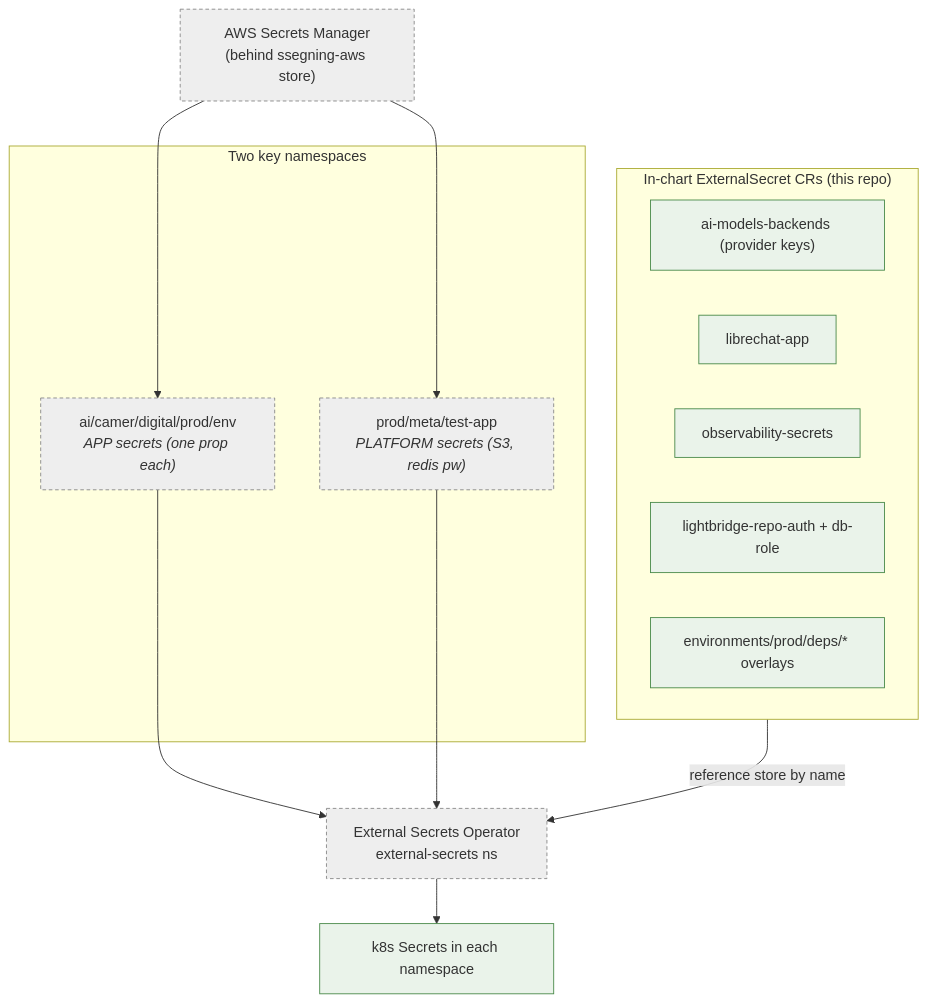
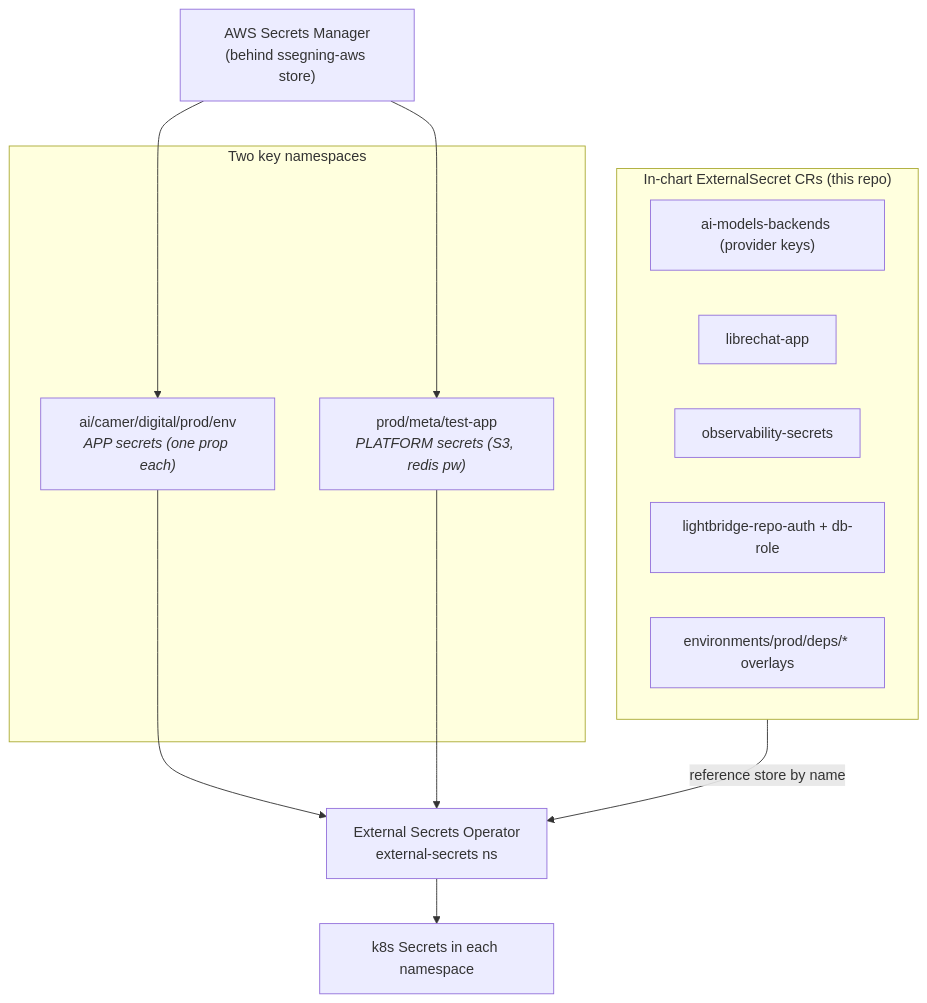
One commit to ADORSYS-GIS/ai-helm changed the third of 4 diagrams in docs/architecture/07-data-secrets.md. Above: the diagram before and after it, drawn with Mermaid. The commit also changed other lines of this file and 13 other files, not shown here.

First line of the commit message:
docs(architecture): uncolor all mermaid; refresh CD/components; add diagrams

````diff
--- a/docs/architecture/07-data-secrets.md
+++ b/docs/architecture/07-data-secrets.md
@@ -73,28 +70,26 @@
 ```mermaid
 flowchart TB
-    AWS["AWS Secrets Manager<br/>(behind ssegning-aws store)"]:::ext
+    AWS["AWS Secrets Manager<br/>(behind ssegning-aws store)"]
     subgraph keys["Two key namespaces"]
-        K1["ai/camer/digital/prod/env<br/><i>APP secrets (one prop each)</i>"]:::ext
-        K2["prod/meta/test-app<br/><i>PLATFORM secrets (S3, redis pw)</i>"]:::ext
+        K1["ai/camer/digital/prod/env<br/><i>APP secrets (one prop each)</i>"]
+        K2["prod/meta/test-app<br/><i>PLATFORM secrets (S3, redis pw)</i>"]
     end
-    ESO["External Secrets Operator<br/>external-secrets ns"]:::ext
+    ESO["External Secrets Operator<br/>external-secrets ns"]
 
     subgraph charts["In-chart ExternalSecret CRs (this repo)"]
-        ES1["ai-models-backends (provider keys)"]:::own
-        ES2["librechat-app"]:::own
-        ES3["observability-secrets"]:::own
-        ES4["lightbridge-repo-auth + db-role"]:::own
-        ES5["environments/prod/deps/* overlays"]:::own
+        ES1["ai-models-backends (provider keys)"]
+        ES2["librechat-app"]
+        ES3["observability-secrets"]
+        ES4["lightbridge-repo-auth + db-role"]
+        ES5["environments/prod/deps/* overlays"]
     end
 
-    K8S["k8s Secrets in each namespace"]:::own
+    K8S["k8s Secrets in each namespace"]
 
     AWS --> K1 & K2
     K1 --> ESO
     K2 --> ESO
     charts -->|reference store by name| ESO
     ESO --> K8S
 
-    classDef own fill:#eaf3ea,stroke:#4a8a4a;
-    classDef ext fill:#eee,stroke:#888,stroke-dasharray:4 3;
 ```
````
